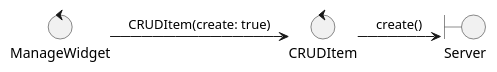
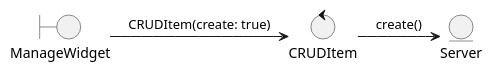
One commit to stnDinus/skpl_apbo_diagrams changed the diagram in crt_item_colab.puml. Above: the diagram before and after it, drawn with PlantUML. The commit also changed 8 other files, not shown here.

```diff
--- a/crt_item_colab.puml
+++ b/crt_item_colab.puml
@@ -1,8 +1,8 @@
 @startuml
-control ManageWidget
+boundary ManageWidget
 control CRUDItem
-boundary Server
+entity Server
 
 (ManageWidget) -> (CRUDItem): CRUDItem(create: true)
 (CRUDItem) -> (Server): create()
 @enduml
```
